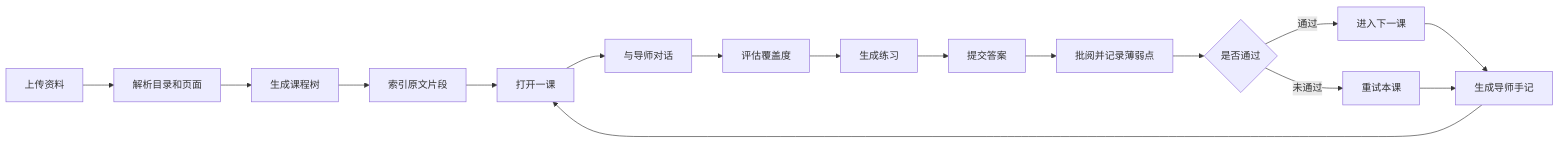
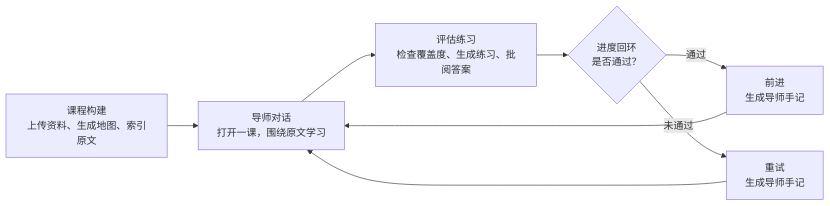
The diagram in README.zh-CN.md (Deriicc/LibreTutor), drawn with Mermaid before and after one commit. The commit also changed 1 other file, not shown here.

Commit message:
docs: simplify README learning flow

````diff
--- a/README.zh-CN.md
+++ b/README.zh-CN.md
@@ -105,18 +105,13 @@
 ```mermaid
 flowchart LR
-    A[上传资料] --> B[解析目录和页面]
-    B --> C[生成课程树]
-    C --> D[索引原文片段]
-    D --> E[打开一课]
-    E --> F[与导师对话]
-    F --> G[评估覆盖度]
-    G --> H[生成练习]
-    H --> I[提交答案]
-    I --> J[批阅并记录薄弱点]
-    J --> K{是否通过}
-    K -->|通过| L[进入下一课]
-    K -->|未通过| M[重试本课]
-    L --> N[生成导师手记]
-    M --> N
-    N --> E
+    A["课程构建<br/>上传资料、生成地图、索引原文"]
+    B["导师对话<br/>打开一课，围绕原文学习"]
+    C["评估练习<br/>检查覆盖度、生成练习、批阅答案"]
+    D{"进度回环<br/>是否通过？"}
+
+    A --> B --> C --> D
+    D -->|通过| E["前进<br/>生成导师手记"]
+    D -->|未通过| F["重试<br/>生成导师手记"]
+    E --> B
+    F --> B
 ```
````
